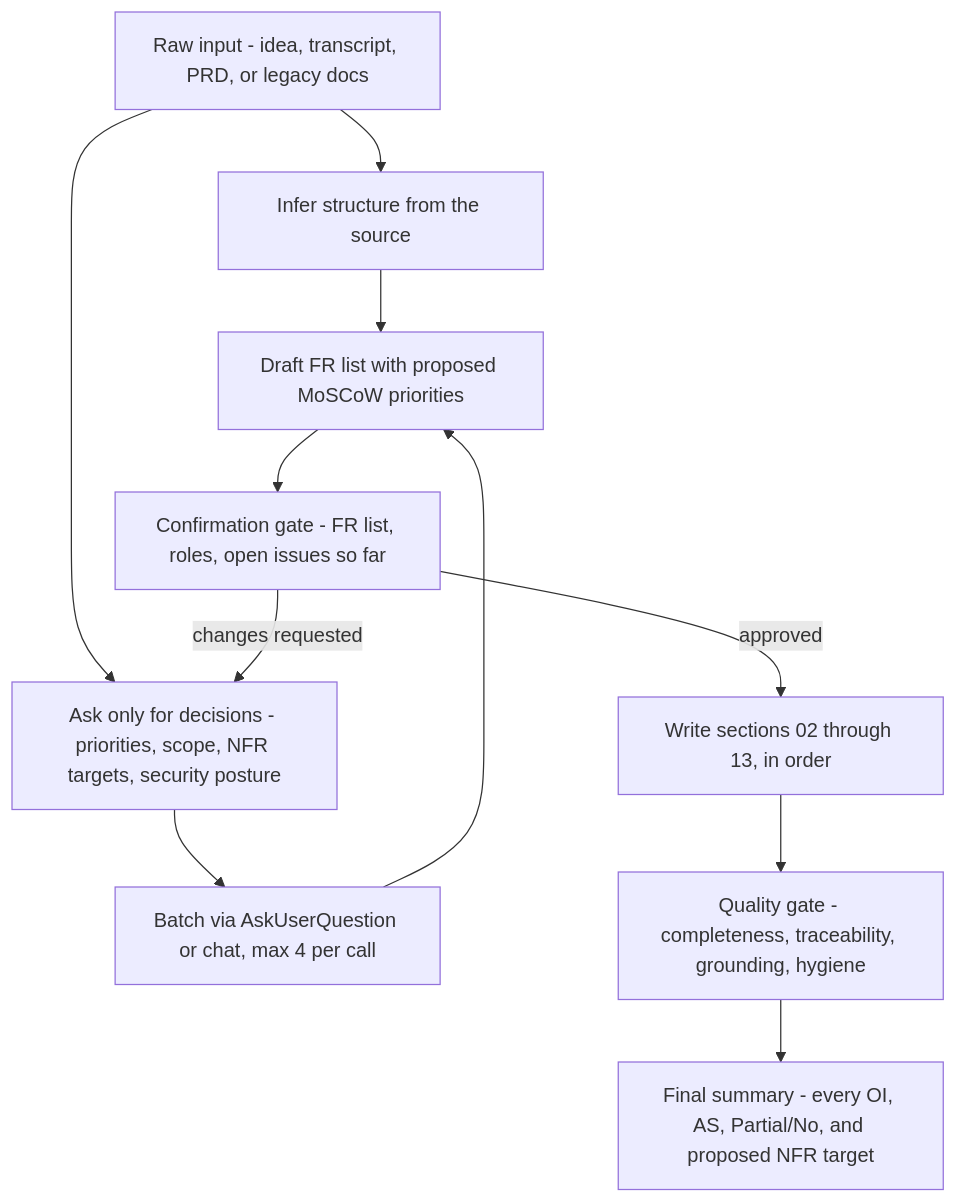
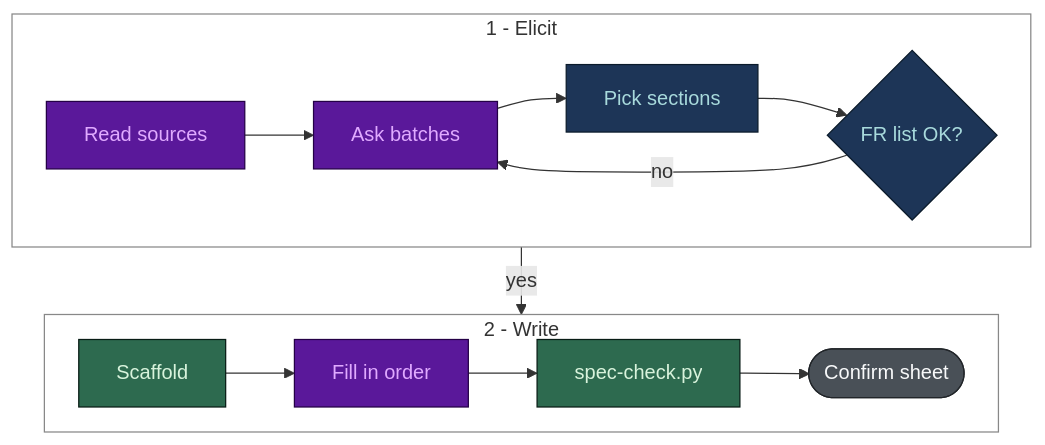
The third of 3 diagrams in docs/QUESTIONNAIRES.md (nguyenhx2/agent-harness-bootstrap), drawn with Mermaid before and after one commit. The commit also changed other lines of this file and 364 other files, not shown here.

````diff
--- a/docs/QUESTIONNAIRES.md
+++ b/docs/QUESTIONNAIRES.md
@@ -61,13 +107,29 @@
 ```mermaid
+%%{init: {"flowchart": {"rankSpacing": 30, "nodeSpacing": 20}}}%%
 flowchart TD
-    A["Raw input - idea, transcript, PRD, or legacy docs"] --> B["Infer structure from the source"]
-    A --> C["Ask only for decisions - priorities, scope, NFR targets, security posture"]
-    C --> D["Batch via AskUserQuestion or chat, max 4 per call"]
-    B --> E["Draft FR list with proposed MoSCoW priorities"]
-    D --> E
-    E --> F["Confirmation gate - FR list, roles, open issues so far"]
-    F -->|"changes requested"| C
-    F -->|"approved"| G["Write sections 02 through 13, in order"]
-    G --> H["Quality gate - completeness, traceability, grounding, hygiene"]
-    H --> I["Final summary - every OI, AS, Partial/No, and proposed NFR target"]
+    subgraph ASK["1 - Elicit"]
+        direction LR
+        S["Read sources"] --> E["Ask batches"]
+        E --> SU["Pick sections"]
+        SU --> G{"FR list OK?"}
+        G -->|"no"| E
+    end
+    subgraph WRITE["2 - Write"]
+        direction LR
+        SC["Scaffold"] --> F["Fill in order"]
+        F --> CK["spec-check.py"]
+        CK --> CS(["Confirm sheet"])
+    end
+    ASK -->|"yes"| WRITE
+    style ASK fill:transparent,stroke:#888
+    style WRITE fill:transparent,stroke:#888
+
+    classDef det fill:#2D6A4F,stroke:#081C15,stroke-width:1px,color:#D8F3DC
+    classDef mod fill:#5A189A,stroke:#240046,stroke-width:1px,color:#E0AAFF
+    classDef hum fill:#1D3557,stroke:#0B1B2B,stroke-width:1px,color:#A8DADC
+    classDef art fill:#495057,stroke:#212529,stroke-width:1px,color:#F8F9FA
+    class S,E,F mod
+    class SU,G hum
+    class SC,CK det
+    class CS art
 ```
````
